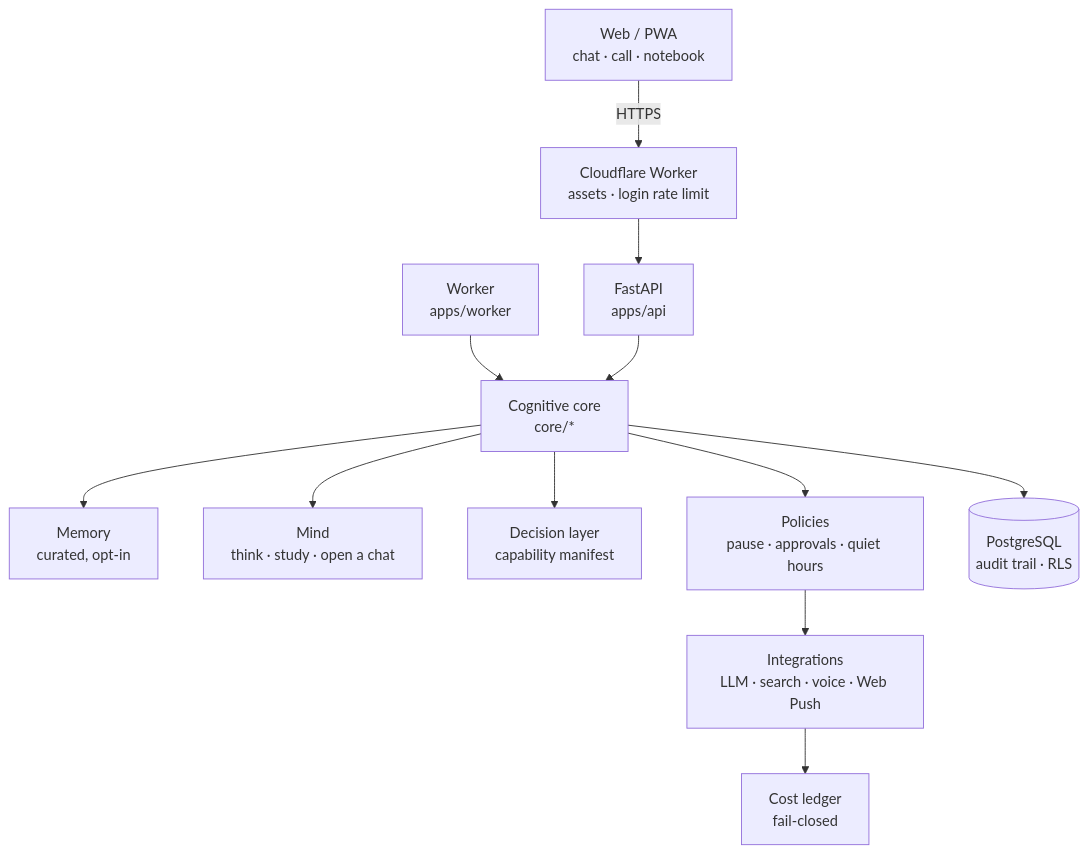
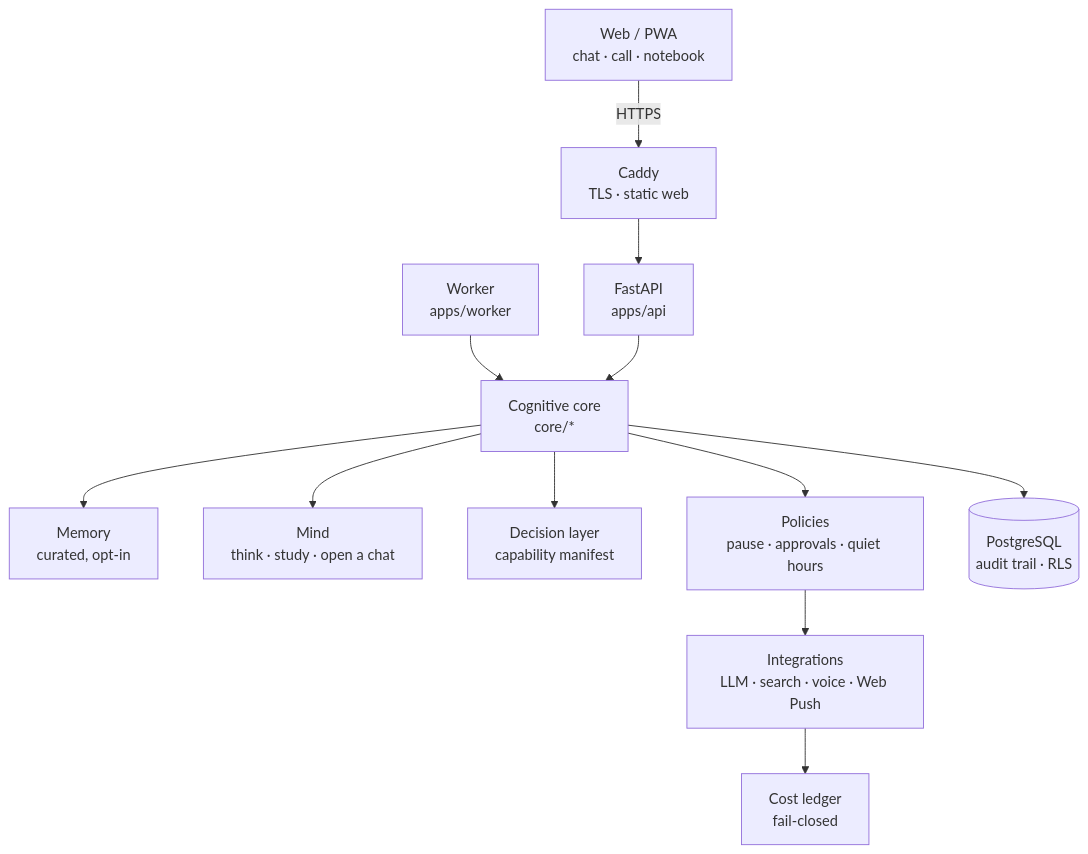
One commit to Allisonfreittass/visao changed the diagram in README.md. Above: the diagram before and after it, drawn with Mermaid. The commit also changed other lines of this file and 53 other files, not shown here.

````diff
--- a/README.md
+++ b/README.md
@@ -35,14 +36,14 @@
 ```mermaid
 flowchart TB
-  web["Web / PWA<br/>chat · call · notebook"] -->|HTTPS| edge["Cloudflare Worker<br/>assets · login rate limit"]
+  web["Web / PWA<br/>chat · call · notebook"] -->|HTTPS| edge["Caddy<br/>TLS · static web"]
   edge --> api["FastAPI<br/>apps/api"]
   worker["Worker<br/>apps/worker"] --> core
   api --> core["Cognitive core<br/>core/*"]
   core --> memory["Memory<br/>curated, opt-in"]
   core --> mind["Mind<br/>think · study · open a chat"]
   core --> decision["Decision layer<br/>capability manifest"]
   core --> gate["Policies<br/>pause · approvals · quiet hours"]
   gate --> integrations["Integrations<br/>LLM · search · voice · Web Push"]
   integrations --> ledger["Cost ledger<br/>fail-closed"]
   core --> db[("PostgreSQL<br/>audit trail · RLS")]
 ```
````
